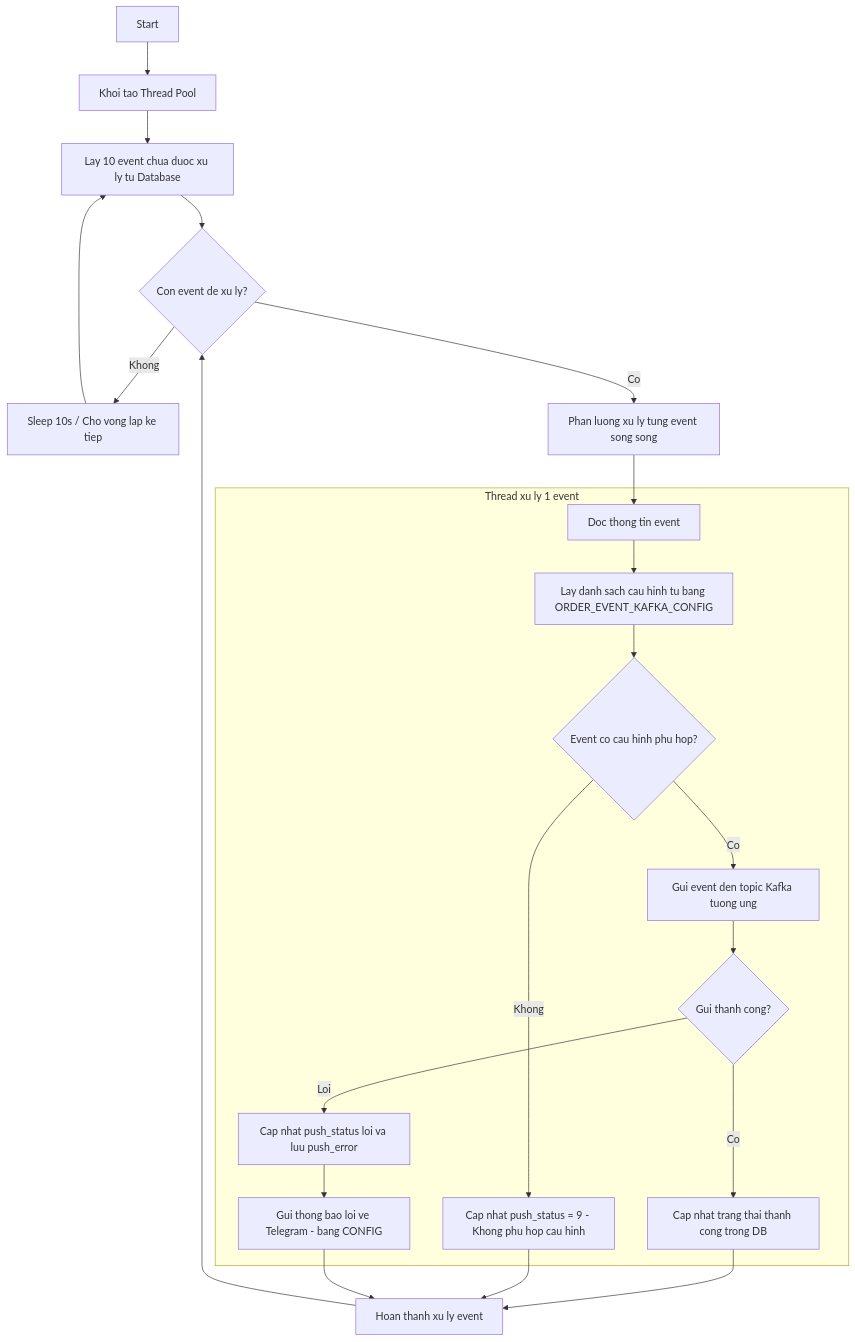
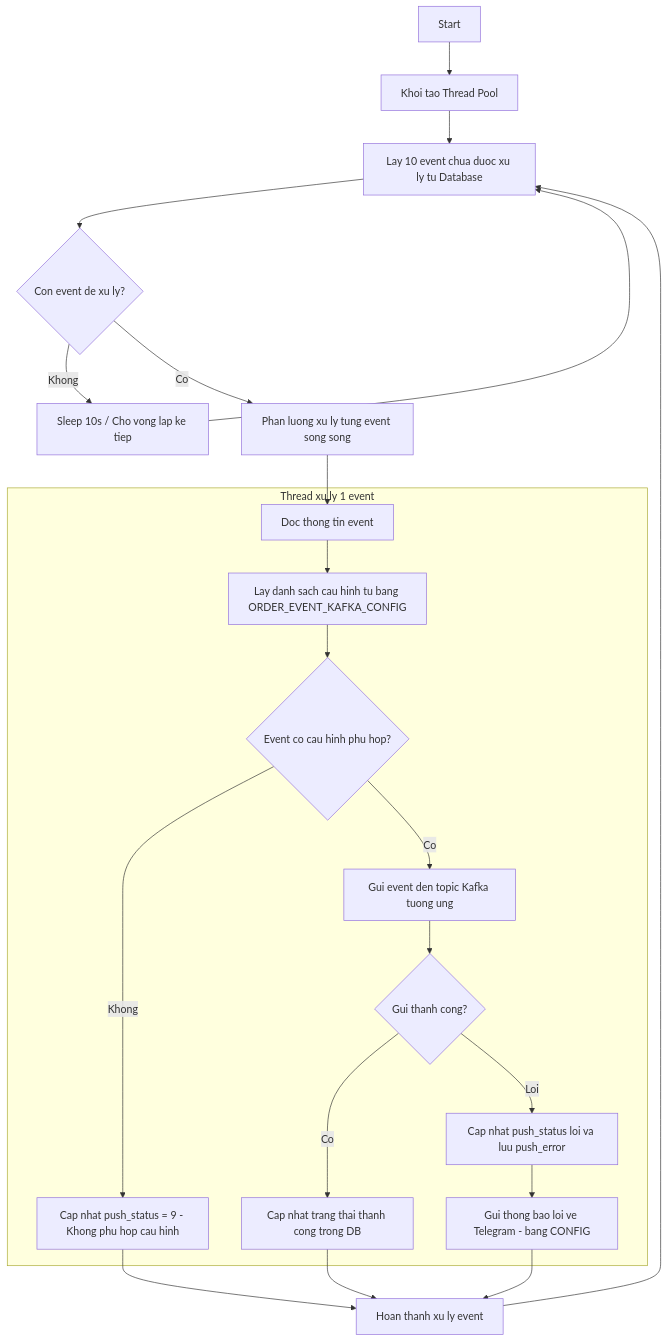
The diagram in README.md (quannh08/hubOrder-event-pushing), drawn with Mermaid before and after one commit. The commit also changed other lines of this file, not shown here.

First line of the commit message:
update flowchart README

````diff
--- a/README.md
+++ b/README.md
@@ -135,30 +139,30 @@
 ```mermaid
 flowchart TD
 
 A[Start] --> B[Khoi tao Thread Pool]
 B --> C[Lay 10 event chua duoc xu ly tu Database]
 C --> D{Con event de xu ly?}
 D -->|Khong| E[Sleep 10s / Cho vong lap ke tiep]
 D -->|Co| F[Phan luong xu ly tung event song song]
 
 subgraph "Thread xu ly 1 event"
     F1[Doc thong tin event]
     F2[Lay danh sach cau hinh tu bang ORDER_EVENT_KAFKA_CONFIG]
     F1 --> F2
     F2 --> G{Event co cau hinh phu hop?}
     G -->|Khong| H["Cap nhat push_status = 9 - Khong phu hop cau hinh"]
     G -->|Co| I[Gui event den topic Kafka tuong ung]
     I --> J{Gui thanh cong?}
     J -->|Co| K[Cap nhat trang thai thanh cong trong DB]
     J -->|Loi| L[Cap nhat push_status loi va luu push_error]
     L --> M[Gui thong bao loi ve Telegram - bang CONFIG]
 end
 
 F --> F1
 K --> N[Hoan thanh xu ly event]
 H --> N
 M --> N
-N --> D
+N --> C
 
 E --> C
 ```
````
